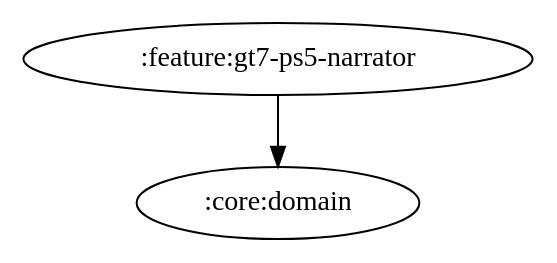
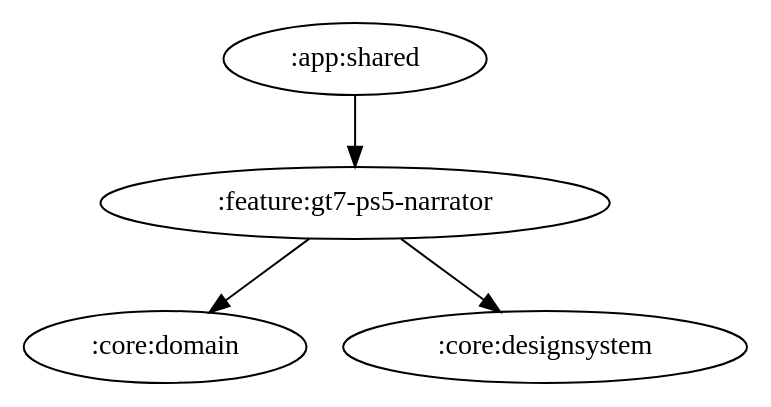
The diagram in docs/graphs/feature-gt7-ps5-narrator.gv (ai-kurou/KoDriver), drawn with Graphviz before and after one commit. The commit also changed 9 other files, not shown here.

Commit message:
chore: update module graph images

```diff
--- a/docs/graphs/feature-gt7-ps5-narrator.gv
+++ b/docs/graphs/feature-gt7-ps5-narrator.gv
@@ -1,4 +1,6 @@
 digraph G {
   rankdir=TB
+  ":app:shared" -> ":feature:gt7-ps5-narrator"
   ":feature:gt7-ps5-narrator" -> ":core:domain"
+  ":feature:gt7-ps5-narrator" -> ":core:designsystem"
 }
```
